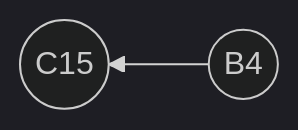
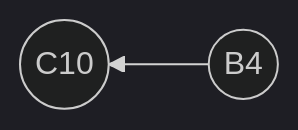
The third of 3 diagrams in docs/blogs/BIDIRECTIONAL_SEARCH_PART_1.md (aerospike/aerospike-graph-service), drawn with Mermaid (dark theme) before and after one commit.

Commit message:
GRAPH-863 Bidirectional search part 1 complete.

````diff
--- a/docs/blogs/BIDIRECTIONAL_SEARCH_PART_1.md
+++ b/docs/blogs/BIDIRECTIONAL_SEARCH_PART_1.md
@@ -120,4 +120,4 @@
 ```mermaid
 graph RL
-B4((B4)) --> C15((C15))  
+B4((B4)) --> C10((C10))  
 ```
````
